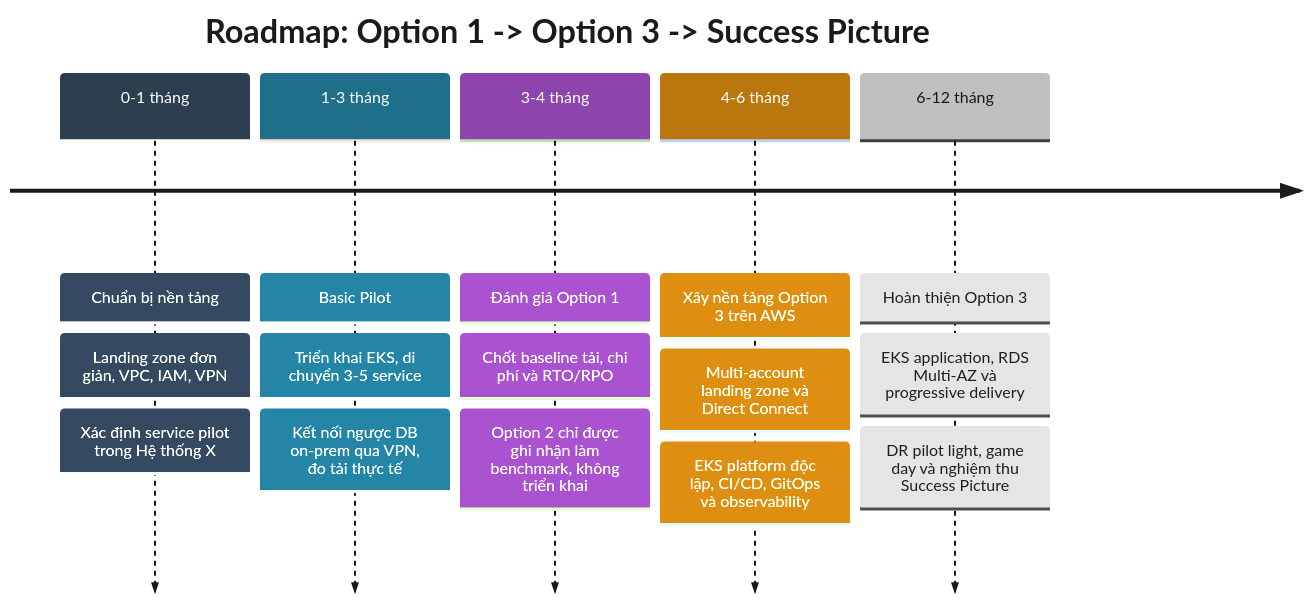
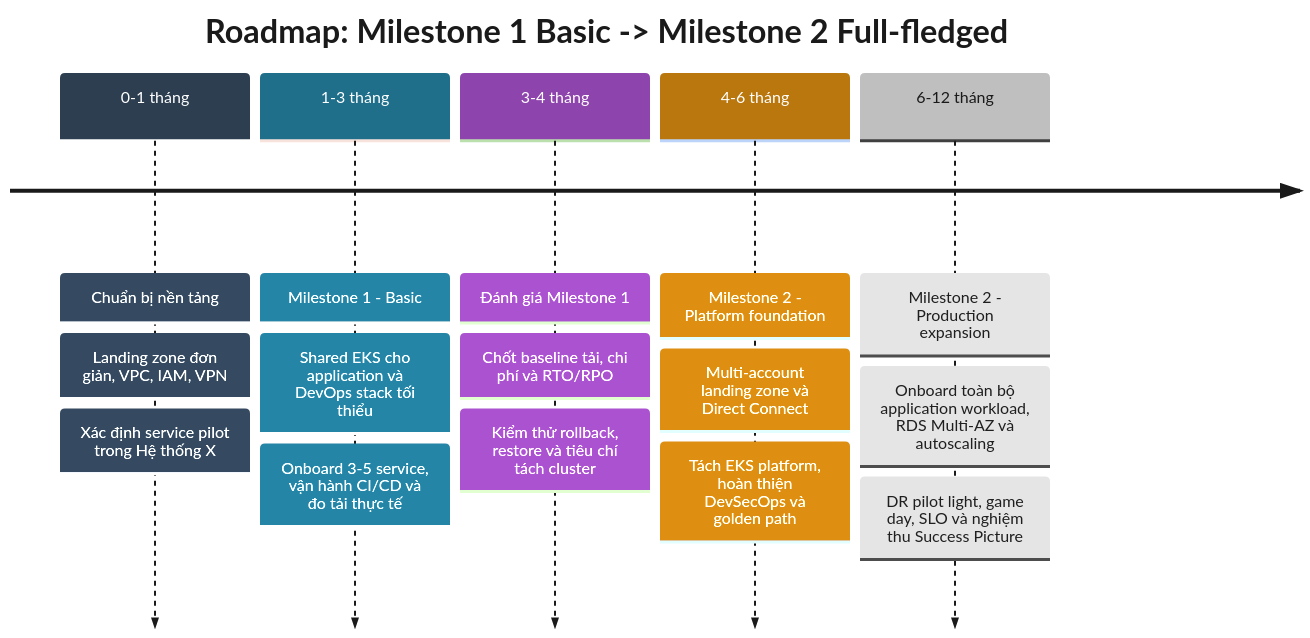
One commit to hinorashi/homecommer changed the sixth of 6 diagrams in aws-adoption-for-sme.md. Above: the diagram before and after it, drawn with Mermaid. The commit also changed other lines of this file, not shown here.

Commit message:
chuyển thành 2 milestone

````diff
--- a/aws-adoption-for-sme.md
+++ b/aws-adoption-for-sme.md
@@ -490,20 +518,20 @@
 ```mermaid
 %%{ init: { 'theme': 'base', 'themeVariables': { 'primaryColor': '#ffffff', 'primaryTextColor': '#1a1a1a', 'primaryBorderColor': '#2c3e50', 'lineColor': '#2c3e50', 'tertiaryColor': '#f4f4f4', 'cScale0': '#2c3e50', 'cScaleLabel0': '#ffffff', 'cScale1': '#1f6f8b', 'cScaleLabel1': '#ffffff', 'cScale2': '#8e44ad', 'cScaleLabel2': '#ffffff', 'cScale3': '#b9770e', 'cScaleLabel3': '#ffffff' } } }%%
 timeline
-  title Roadmap: Option 1 -> Option 3 -> Success Picture
+  title Roadmap: Milestone 1 Basic -> Milestone 2 Full-fledged
   0-1 tháng : Chuẩn bị nền tảng
              : Landing zone đơn giản, VPC, IAM, VPN
              : Xác định service pilot trong Hệ thống X
-  1-3 tháng : Basic Pilot
-             : Triển khai EKS, di chuyển 3-5 service
-             : Kết nối ngược DB on-prem qua VPN, đo tải thực tế
-  3-4 tháng : Đánh giá Option 1
+  1-3 tháng : Milestone 1 - Basic
+             : Shared EKS cho application và DevOps stack tối thiểu
+             : Onboard 3-5 service, vận hành CI/CD và đo tải thực tế
+  3-4 tháng : Đánh giá Milestone 1
              : Chốt baseline tải, chi phí và RTO/RPO
-             : Option 2 chỉ được ghi nhận làm benchmark, không triển khai
-  4-6 tháng : Xây nền tảng Option 3 trên AWS
+             : Kiểm thử rollback, restore và tiêu chí tách cluster
+  4-6 tháng : Milestone 2 - Platform foundation
              : Multi-account landing zone và Direct Connect
-             : EKS platform độc lập, CI/CD, GitOps và observability
-  6-12 tháng : Hoàn thiện Option 3
-              : EKS application, RDS Multi-AZ và progressive delivery
-              : DR pilot light, game day và nghiệm thu Success Picture
+             : Tách EKS platform, hoàn thiện DevSecOps và golden path
+  6-12 tháng : Milestone 2 - Production expansion
+              : Onboard toàn bộ application workload, RDS Multi-AZ và autoscaling
+              : DR pilot light, game day, SLO và nghiệm thu Success Picture
 ```
````
